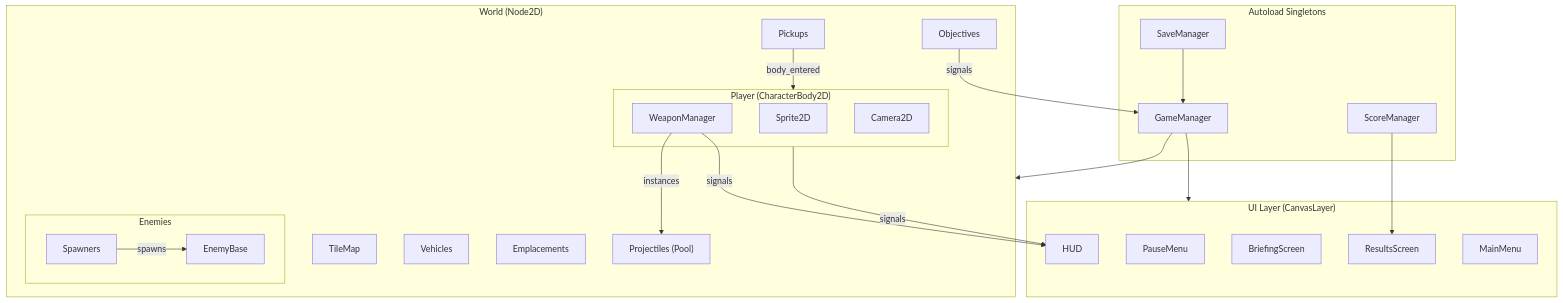
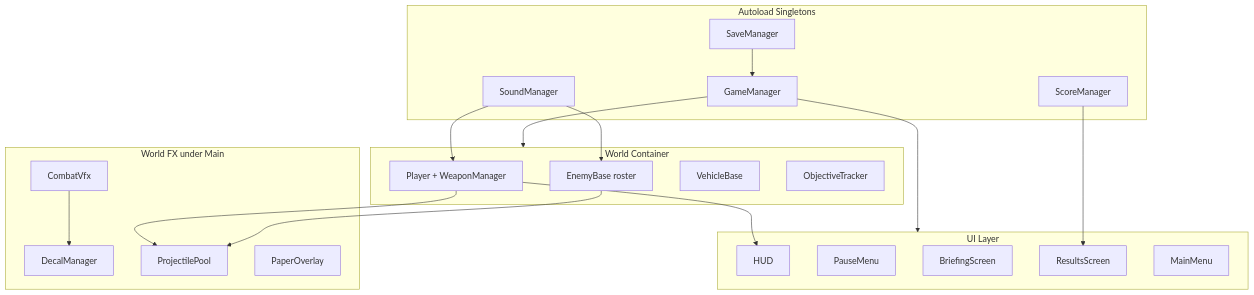
Before and after one commit to VrachoxWizard/storm-game: the first of 3 diagrams in docs/ARCHITECTURE.md, drawn with Mermaid. The commit also changed other lines of this file and 85 other files, not shown here.

````diff
--- a/docs/ARCHITECTURE.md
+++ b/docs/ARCHITECTURE.md
@@ -5,45 +5,42 @@
 ```mermaid
 graph TB
     subgraph Autoloads["Autoload Singletons"]
         GM["GameManager"]
         SM["ScoreManager"]
         SV["SaveManager"]
+        SND["SoundManager"]
     end
 
-    subgraph UI["UI Layer (CanvasLayer)"]
+    subgraph Effects["World FX under Main"]
+        DM["DecalManager"]
+        CV["CombatVfx"]
+        PP["ProjectilePool"]
+        PO["PaperOverlay"]
+    end
+
+    subgraph UI["UI Layer"]
         HUD["HUD"]
         PM["PauseMenu"]
         BS["BriefingScreen"]
         RS["ResultsScreen"]
         MM["MainMenu"]
     end
 
-    subgraph World["World (Node2D)"]
-        TM["TileMap"]
-        subgraph PlayerNode["Player (CharacterBody2D)"]
-            PS["Sprite2D"]
-            WM["WeaponManager"]
-            PC["Camera2D"]
-        end
-        subgraph EnemyContainer["Enemies"]
-            EB["EnemyBase"]
-            SP["Spawners"]
-        end
-        VC["Vehicles"]
-        EM["Emplacements"]
-        PK["Pickups"]
-        PR["Projectiles (Pool)"]
-        OB["Objectives"]
+    subgraph World["World Container"]
+        PlayerNode["Player + WeaponManager"]
+        Enemies["EnemyBase roster"]
+        Vehicles["VehicleBase"]
+        Objectives["ObjectiveTracker"]
     end
 
     GM --> World
     GM --> UI
     SM --> RS
     SV --> GM
-    OB -->|"signals"| GM
-    PlayerNode -->|"signals"| HUD
-    WM -->|"signals"| HUD
-    PK -->|"body_entered"| PlayerNode
-    SP -->|"spawns"| EB
-    WM -->|"instances"| PR
+    SND --> PlayerNode
+    SND --> Enemies
+    PlayerNode --> PP
+    Enemies --> PP
+    PlayerNode --> HUD
+    CV --> DM
 ```
````
